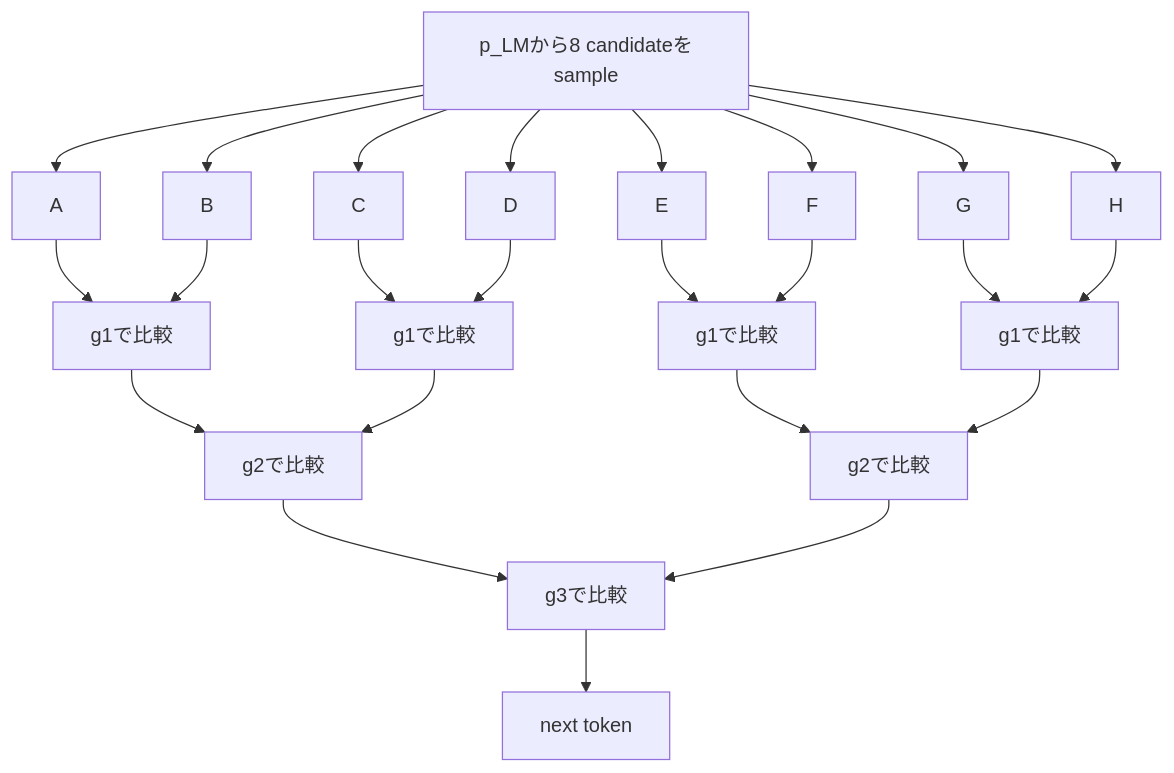
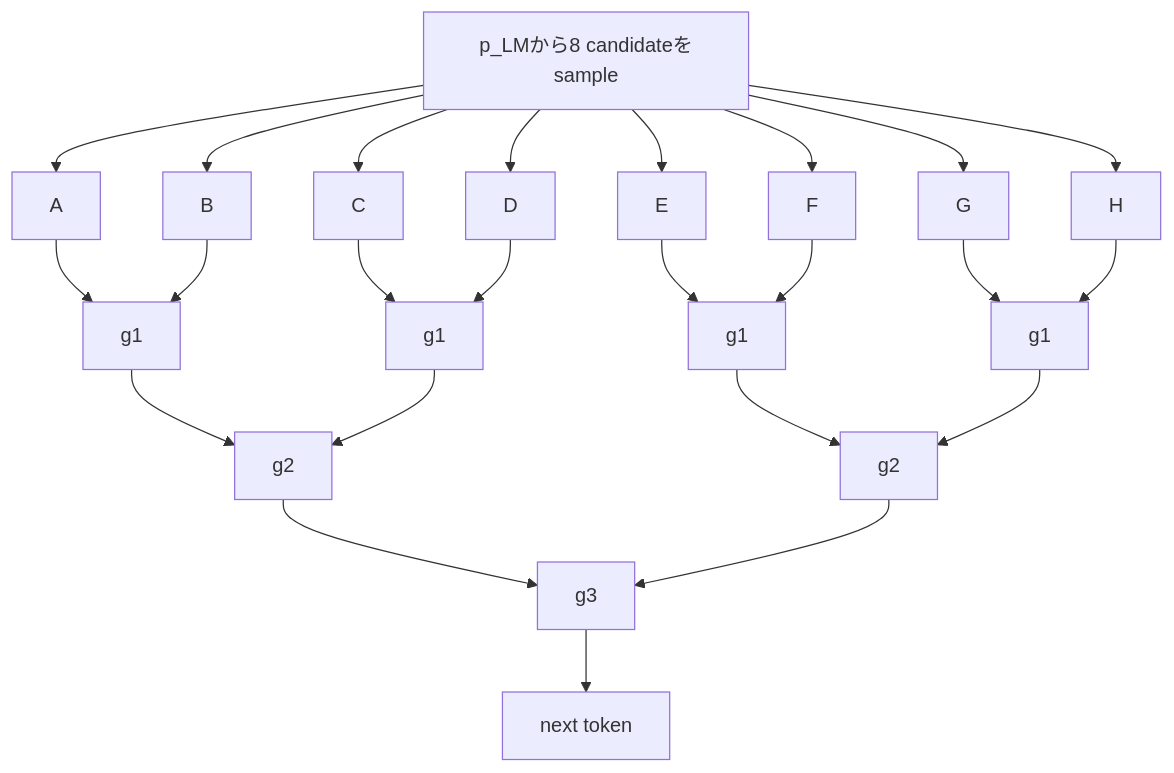
Before and after one commit to KAFKA2306/articles: the second of 6 diagrams in articles/claude-watermark-secret-key-detection.md, drawn with Mermaid. The commit also changed other lines of this file, not shown here.

````diff
--- a/articles/claude-watermark-secret-key-detection.md
+++ b/articles/claude-watermark-secret-key-detection.md
@@ -134,31 +158,31 @@
 ```mermaid
 flowchart TB
     P[p_LMから8 candidateをsample]
 
-    P --> A1[A]
-    P --> A2[B]
-    P --> B1[C]
-    P --> B2[D]
-    P --> C1[E]
-    P --> C2[F]
-    P --> D1[G]
-    P --> D2[H]
+    P --> A[A]
+    P --> B[B]
+    P --> C[C]
+    P --> D[D]
+    P --> E[E]
+    P --> F[F]
+    P --> G[G]
+    P --> H[H]
 
-    A1 --> R1[g1で比較]
-    A2 --> R1
-    B1 --> R2[g1で比較]
-    B2 --> R2
-    C1 --> R3[g1で比較]
-    C2 --> R3
-    D1 --> R4[g1で比較]
-    D2 --> R4
+    A --> R1[g1]
+    B --> R1
+    C --> R2[g1]
+    D --> R2
+    E --> R3[g1]
+    F --> R3
+    G --> R4[g1]
+    H --> R4
 
-    R1 --> S1[g2で比較]
+    R1 --> S1[g2]
     R2 --> S1
-    R3 --> S2[g2で比較]
+    R3 --> S2[g2]
     R4 --> S2
 
-    S1 --> F1[g3で比較]
-    S2 --> F1
-    F1 --> W[next token]
+    S1 --> T[g3]
+    S2 --> T
+    T --> W[next token]
 ```
````
